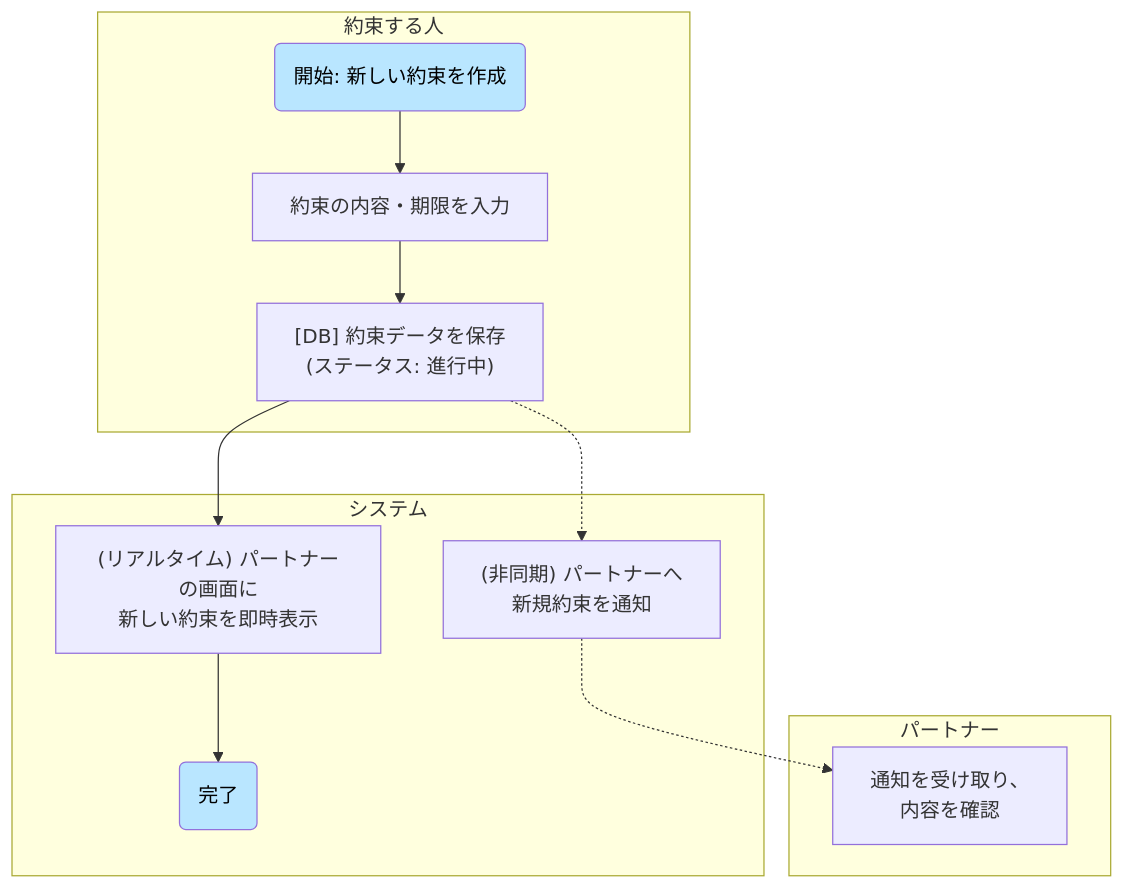
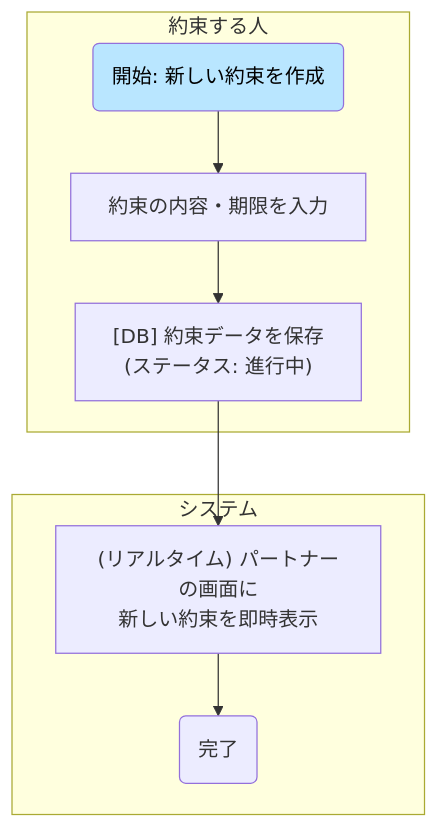
Before and after one commit to compile425/yubikirigennmann: the second of 9 diagrams in docs/design.md, drawn with Mermaid. The commit also changed other lines of this file, not shown here.

````diff
--- a/docs/design.md
+++ b/docs/design.md
@@ -41,20 +40,14 @@
 ```mermaid
 graph TD
     subgraph "約束する人"
         A1("開始: 新しい約束を作成") --> A2["約束の内容・期限を入力"]
         A2 --> S1
     end
 
     subgraph "システム"
         S1["[DB] 約束データを保存<br>(ステータス: 進行中)"] --> S2["(リアルタイム) パートナーの画面に<br>新しい約束を即時表示"]
-        S1 -.-> S3["(非同期) パートナーへ<br>新規約束を通知"]
         S2 --> C1("完了")
     end
 
-    subgraph "パートナー"
-        S3 -.-> P1["通知を受け取り、<br>内容を確認"]
-    end
-
     style A1 fill:#B9E6FF,color:#000
-    style C1 fill:#B9E6FF,color:#000
 ```
````
